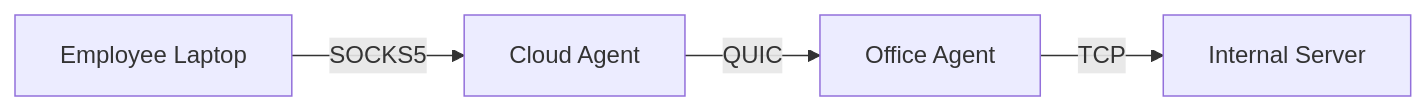
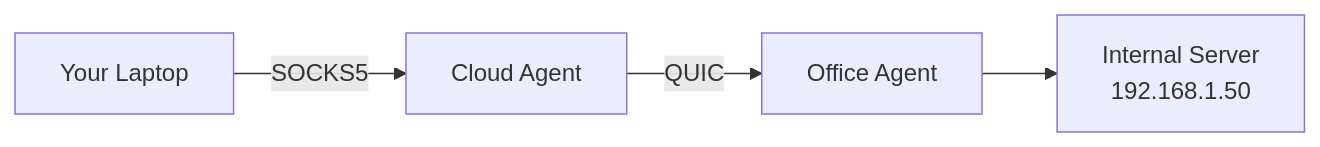
Before and after one commit to postalsys/Muti-Metroo: the second of 4 diagrams in docs/docs/intro.md, drawn with Mermaid. The commit also changed other lines of this file, not shown here.

````diff
--- a/docs/docs/intro.md
+++ b/docs/docs/intro.md
@@ -66,6 +59,6 @@
 ```mermaid
 flowchart LR
-    Laptop[Employee Laptop] -->|SOCKS5| Cloud[Cloud Agent]
+    Laptop[Your Laptop] -->|SOCKS5| Cloud[Cloud Agent]
     Cloud -->|QUIC| Office[Office Agent]
-    Office -->|TCP| Internal[Internal Server]
+    Office --> Internal[Internal Server<br/>192.168.1.50]
 ```
````
